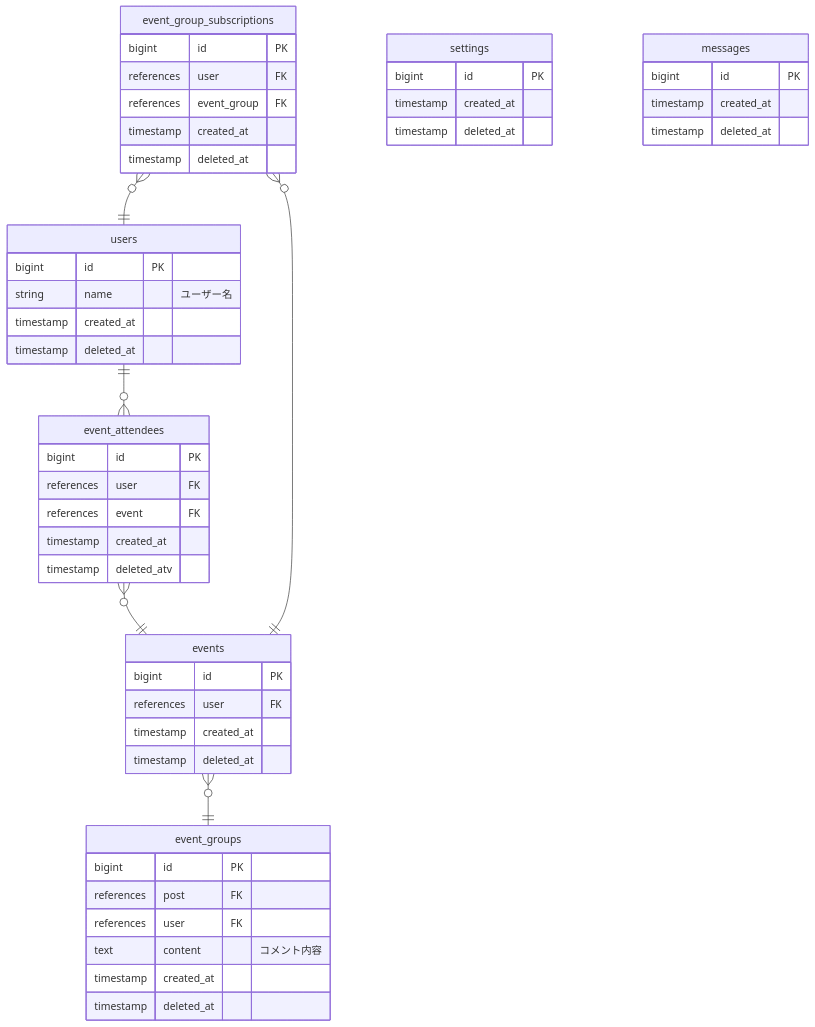
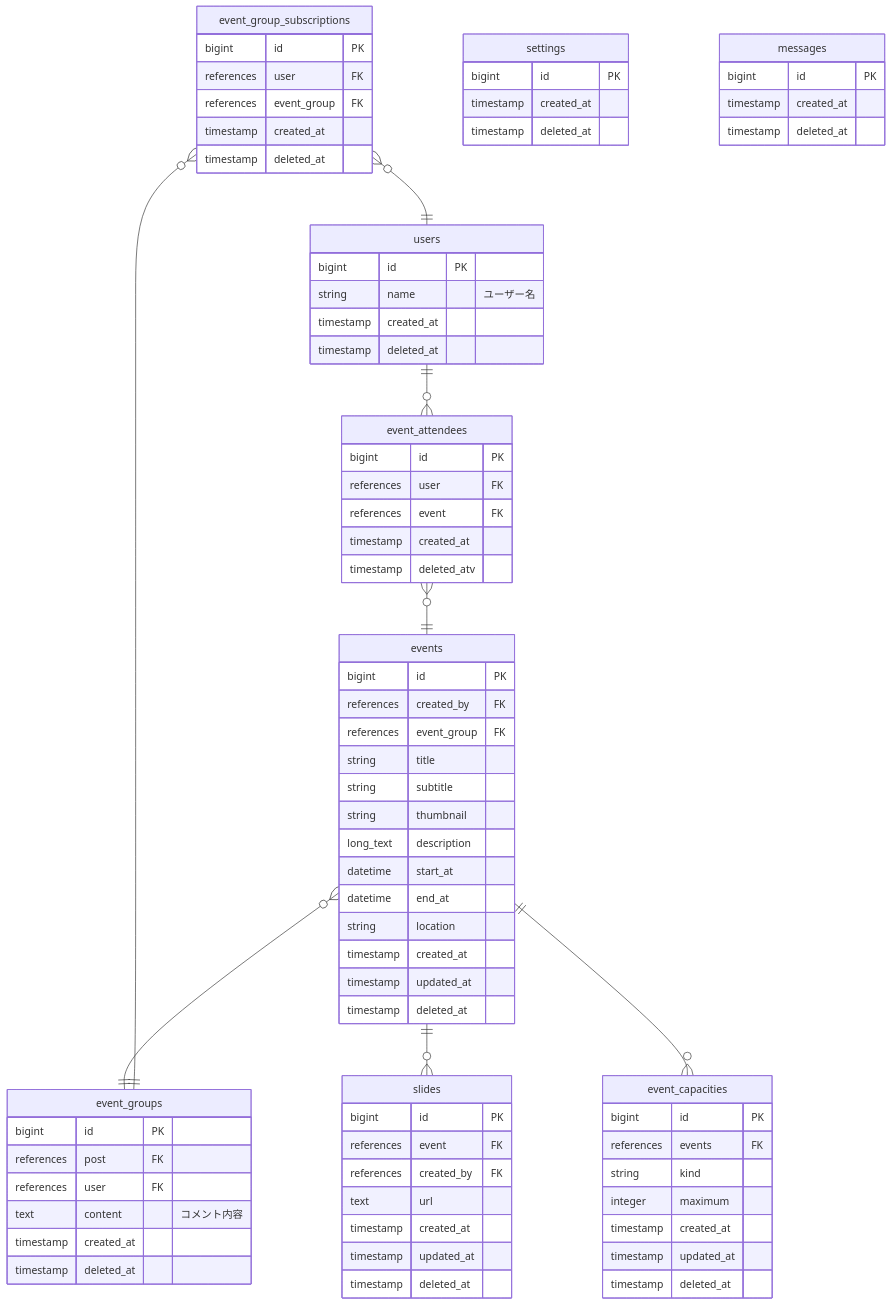
The diagram in docs/er.md (Godan/ConCon), drawn with Mermaid before and after one commit.

```diff
--- a/docs/er.md
+++ b/docs/er.md
@@ -4,7 +4,9 @@
   event_group_subscriptions }o--|| users: ""
   event_attendees }o--|| events : ""
   events }o--|| event_groups: ""
-  event_group_subscriptions }o--|| events: ""
+  event_group_subscriptions }o--|| event_groups: ""
+  events ||--o{ slides: ""
+  events ||--o{ event_capacities: ""
 
   users {
     bigint id PK
@@ -15,8 +17,37 @@
 
   events {
     bigint id PK
-    references user FK
+    references created_by FK
+    references event_group FK
+    string title
+    string subtitle
+    string thumbnail
+    long_text description
+    datetime start_at
+    datetime end_at
+    string location
     timestamp created_at
+    timestamp updated_at
+    timestamp deleted_at
+  }
+
+  event_capacities {
+    bigint id PK
+    references events FK
+    string kind
+    integer maximum
+    timestamp created_at
+    timestamp updated_at
+    timestamp deleted_at
+  }
+
+  slides {
+    bigint id PK
+    references event FK
+    references created_by FK
+    text url
+    timestamp created_at
+    timestamp updated_at
     timestamp deleted_at
   }
 
```
